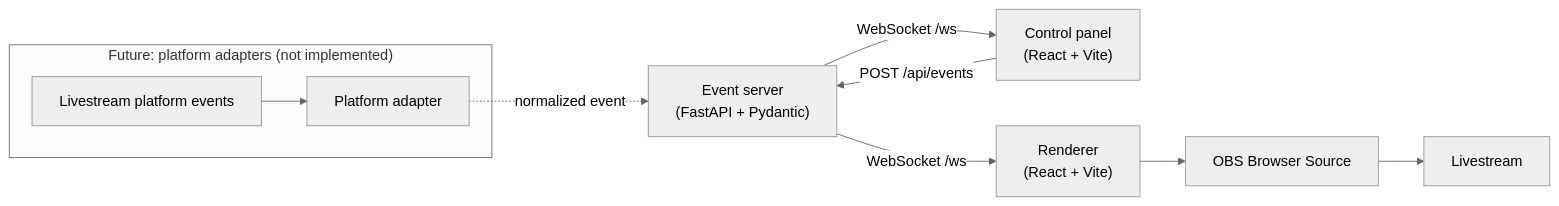
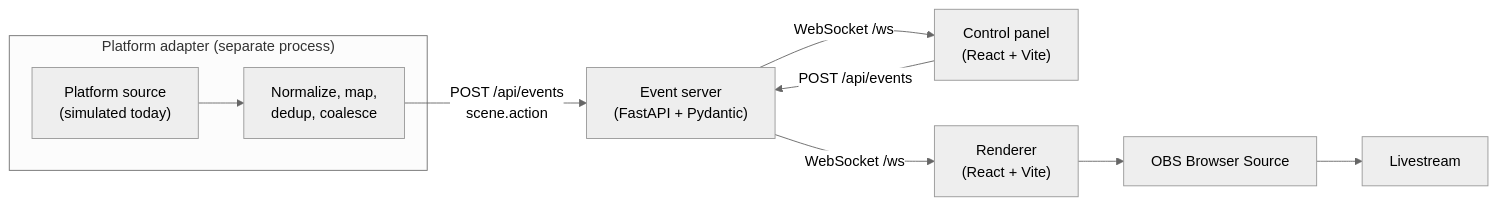
One commit to quangshuynh/livescape changed the diagram in docs/architecture.md. Above: the diagram before and after it, drawn with Mermaid (neutral theme). The commit also changed other lines of this file and 13 other files, not shown here.

Commit message:
docs: describe the platform adapter boundary, mappings and failure semantics

````diff
--- a/docs/architecture.md
+++ b/docs/architecture.md
@@ -15,15 +15,15 @@
 ```mermaid
 flowchart LR
-    subgraph future["Future: platform adapters (not implemented)"]
-        platform["Livestream platform events"] --> adapter["Platform adapter"]
+    subgraph adapterproc["Platform adapter (separate process)"]
+        platform["Platform source<br/>(simulated today)"] --> adapter["Normalize, map,<br/>dedup, coalesce"]
     end
 
     panel["Control panel<br/>(React + Vite)"] -->|POST /api/events| server
-    adapter -.->|normalized event| server
+    adapter -->|"POST /api/events<br/>scene.action"| server
 
     server["Event server<br/>(FastAPI + Pydantic)"] -->|WebSocket /ws| renderer
     server -->|WebSocket /ws| panel
 
     renderer["Renderer<br/>(React + Vite)"] --> obs["OBS Browser Source"]
     obs --> stream["Livestream"]
 ```
````
